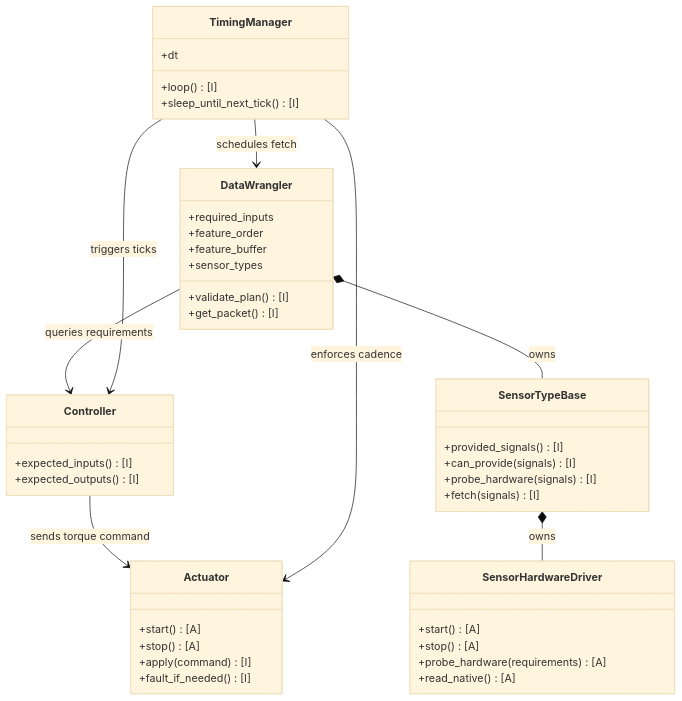
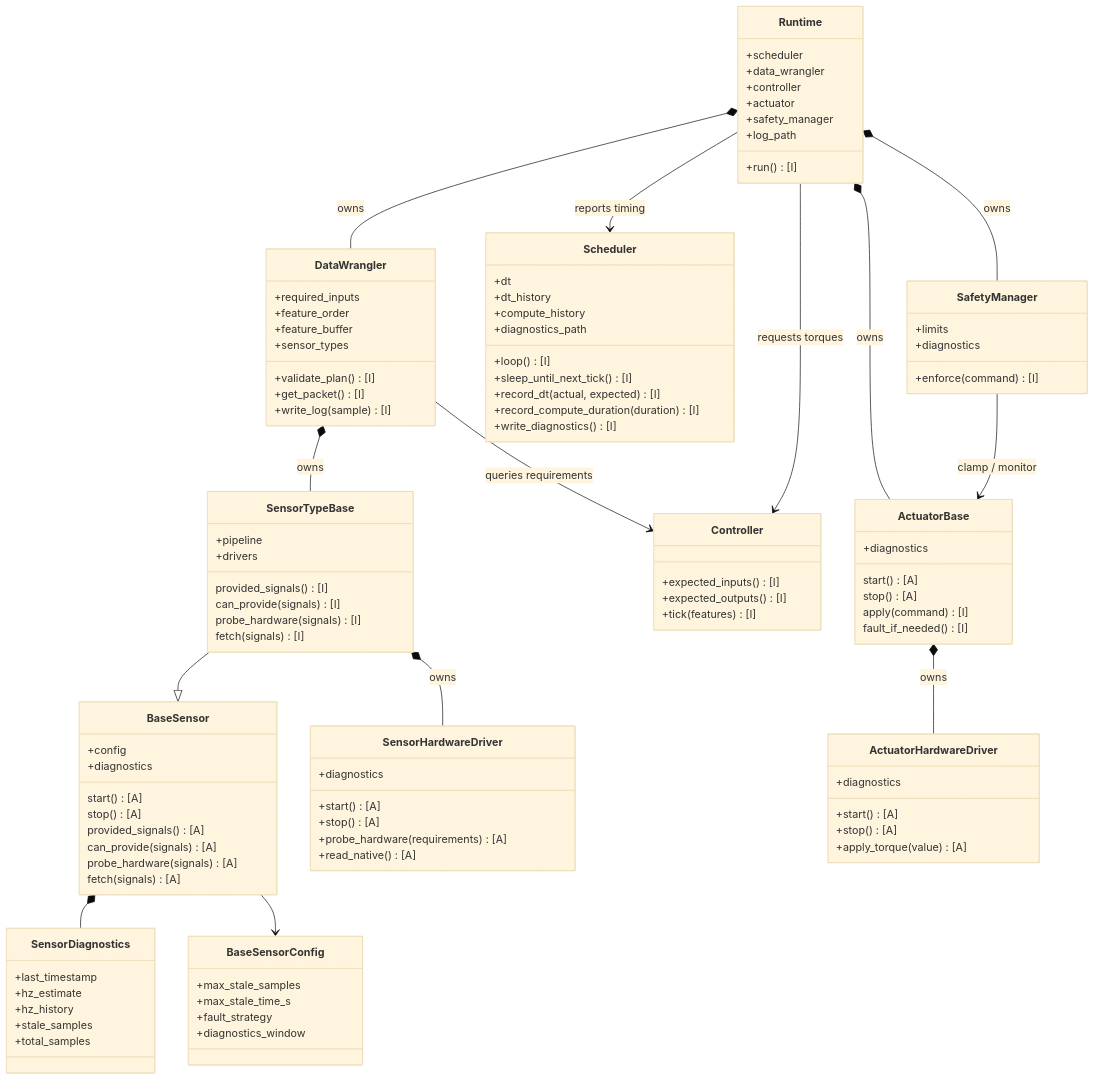
One commit to jmontp/raspberry-pi-controller-runtime changed the fourth of 6 diagrams in docs/architecture.md. Above: the diagram before and after it, drawn with Mermaid (base theme). The commit also changed other lines of this file and 10 other files, not shown here.

````diff
--- a/docs/architecture.md
+++ b/docs/architecture.md
@@ -137,6 +145,44 @@
 classDiagram
 %% Legend: [A] abstract  [I] implemented
 
+class BaseSensorConfig {
+  +max_stale_samples
+  +max_stale_time_s
+  +fault_strategy
+  +diagnostics_window
+}
+class SensorDiagnostics {
+  +last_timestamp
+  +hz_estimate
+  +hz_history
+  +stale_samples
+  +total_samples
+}
+class BaseSensor {
+  +config
+  +diagnostics
+  start() [A]
+  stop() [A]
+  provided_signals() [A]
+  can_provide(signals) [A]
+  probe_hardware(signals) [A]
+  fetch(signals) [A]
+}
+class SensorTypeBase {
+  +pipeline
+  +drivers
+  provided_signals() [I]
+  can_provide(signals) [I]
+  probe_hardware(signals) [I]
+  fetch(signals) [I]
+}
+class SensorHardwareDriver {
+  +start() [A]
+  +stop() [A]
+  +probe_hardware(requirements) [A]
+  +read_native() [A]
+  +diagnostics
+}
 class DataWrangler {
   +required_inputs
   +feature_order
@@ -144,40 +190,64 @@
   +sensor_types
   +validate_plan() [I]
   +get_packet() [I]
+  +write_log(sample) [I]
 }
 class Controller {
   +expected_inputs()[I]
   +expected_outputs()[I]
+  +tick(features)[I]
 }
-class SensorTypeBase {
-  +provided_signals()[I]
-  +can_provide(signals)[I]
-  +probe_hardware(signals)[I]
-  +fetch(signals)[I]
-}
-class SensorHardwareDriver {
-  +start() [A]
-  +stop() [A]
-  +probe_hardware(requirements)[A]
-  +read_native()[A]
-}
-class Actuator {
-  +start() [A]
-  +stop() [A]
-  +apply(command)[I]
-  +fault_if_needed()[I]
-}
-class TimingManager {
+class Scheduler {
   +dt
   +loop()[I]
   +sleep_until_next_tick()[I]
+  +record_dt(actual, expected)[I]
+  +record_compute_duration(duration)[I]
+  +dt_history
+  +compute_history
+  +diagnostics_path
+  +write_diagnostics() [I]
+}
+class ActuatorBase {
+  +diagnostics
+  start() [A]
+  stop() [A]
+  apply(command)[I]
+  fault_if_needed()[I]
+}
+class ActuatorHardwareDriver {
+  +start() [A]
+  +stop() [A]
+  +apply_torque(value)[A]
+  +diagnostics
+}
+class SafetyManager {
+  +limits
+  +enforce(command)[I]
+  +diagnostics
+}
+class Runtime {
+  +scheduler
+  +data_wrangler
+  +controller
+  +actuator
+  +safety_manager
+  +run()[I]
+  +log_path
 }
 
+BaseSensor *-- SensorDiagnostics
+BaseSensor --> BaseSensorConfig
+SensorTypeBase --|> BaseSensor
+SensorTypeBase *-- SensorHardwareDriver : owns
+DataWrangler *-- SensorTypeBase : owns
 DataWrangler --> Controller : queries requirements
-DataWrangler *-- SensorTypeBase : owns
-SensorTypeBase *-- SensorHardwareDriver : owns
-Controller --> Actuator : sends torque command
-TimingManager --> DataWrangler : schedules fetch
-TimingManager --> Controller : triggers ticks
-TimingManager --> Actuator : enforces cadence
+Runtime *-- DataWrangler : owns
+Runtime *-- SafetyManager : owns
+Runtime *-- ActuatorBase : owns
+ActuatorBase *-- ActuatorHardwareDriver : owns
+Runtime --> Controller : requests torques
+Runtime --> Scheduler : reports timing
+SafetyManager --> ActuatorBase : clamp / monitor
+
 ```
````
